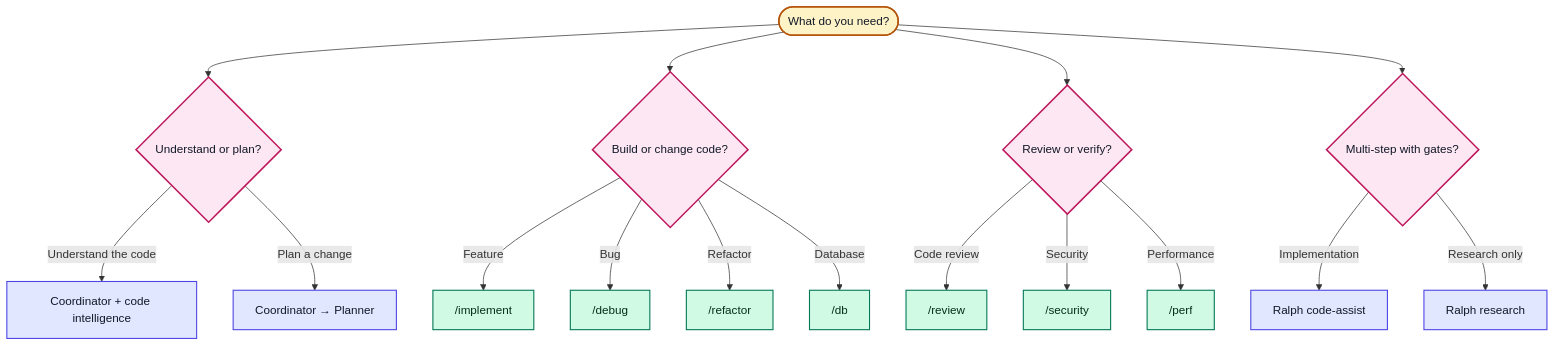
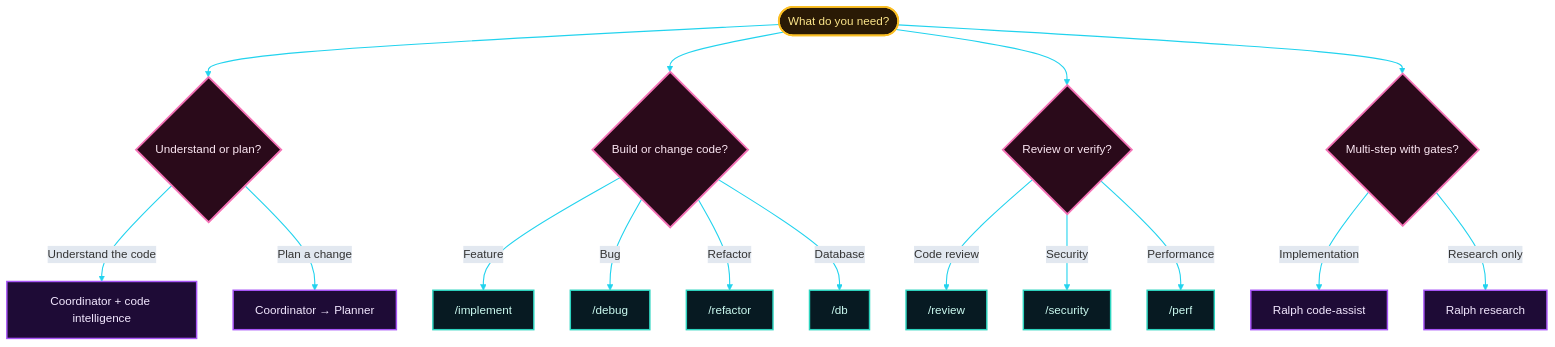
Before and after one commit to GabrielAlmeidaFlores/OPENCODE-TOOL-ENHANCER: the third of 6 diagrams in README.md, drawn with Mermaid. The commit also changed other lines of this file and 1 other file, not shown here.

Commit message:
docs: apply shared neon palette to all Mermaid diagrams

````diff
--- a/README.md
+++ b/README.md
@@ -279,30 +293,32 @@
 ```mermaid
+%%{init: {"theme":"base","themeVariables":{"fontFamily":"Inter, system-ui, sans-serif","lineColor":"#22D3EE","edgeLabelBackground":"#E2E8F0"}}}%%
 flowchart TD
     S([What do you need?]) --> Q1{Understand or plan?}
     Q1 -->|Understand the code| A1[Coordinator + code intelligence]
     Q1 -->|Plan a change| A2[Coordinator → Planner]
 
     S --> Q2{Build or change code?}
     Q2 -->|Feature| B1["/implement"]
     Q2 -->|Bug| B2["/debug"]
     Q2 -->|Refactor| B3["/refactor"]
     Q2 -->|Database| B4["/db"]
 
     S --> Q3{Review or verify?}
     Q3 -->|Code review| C1["/review"]
     Q3 -->|Security| C2["/security"]
     Q3 -->|Performance| C3["/perf"]
 
     S --> Q4{Multi-step with gates?}
     Q4 -->|Implementation| D1[Ralph code-assist]
     Q4 -->|Research only| D2[Ralph research]
 
-    classDef start fill:#FEF3C7,stroke:#B45309,stroke-width:2px,color:#111827
-    classDef question fill:#FCE7F3,stroke:#BE185D,stroke-width:2px,color:#111827
-    classDef action fill:#E0E7FF,stroke:#4F46E5,stroke-width:1.5px,color:#111827
-    classDef command fill:#D1FAE5,stroke:#047857,stroke-width:1.5px,color:#052E16
+    classDef start fill:#2A1A05,stroke:#FBBF24,stroke-width:2.5px,color:#FDE68A
+    classDef question fill:#2A0A1A,stroke:#F472B6,stroke-width:2.5px,color:#FCE7F3
+    classDef action fill:#1E0B36,stroke:#A855F7,stroke-width:2px,color:#F3E8FF
+    classDef command fill:#071A22,stroke:#2DD4BF,stroke-width:2px,color:#CCFBF1
     class S start
     class Q1,Q2,Q3,Q4 question
     class A1,A2,D1,D2 action
     class B1,B2,B3,B4,C1,C2,C3 command
+    linkStyle default stroke:#22D3EE,stroke-width:1.5px
 ```
````
